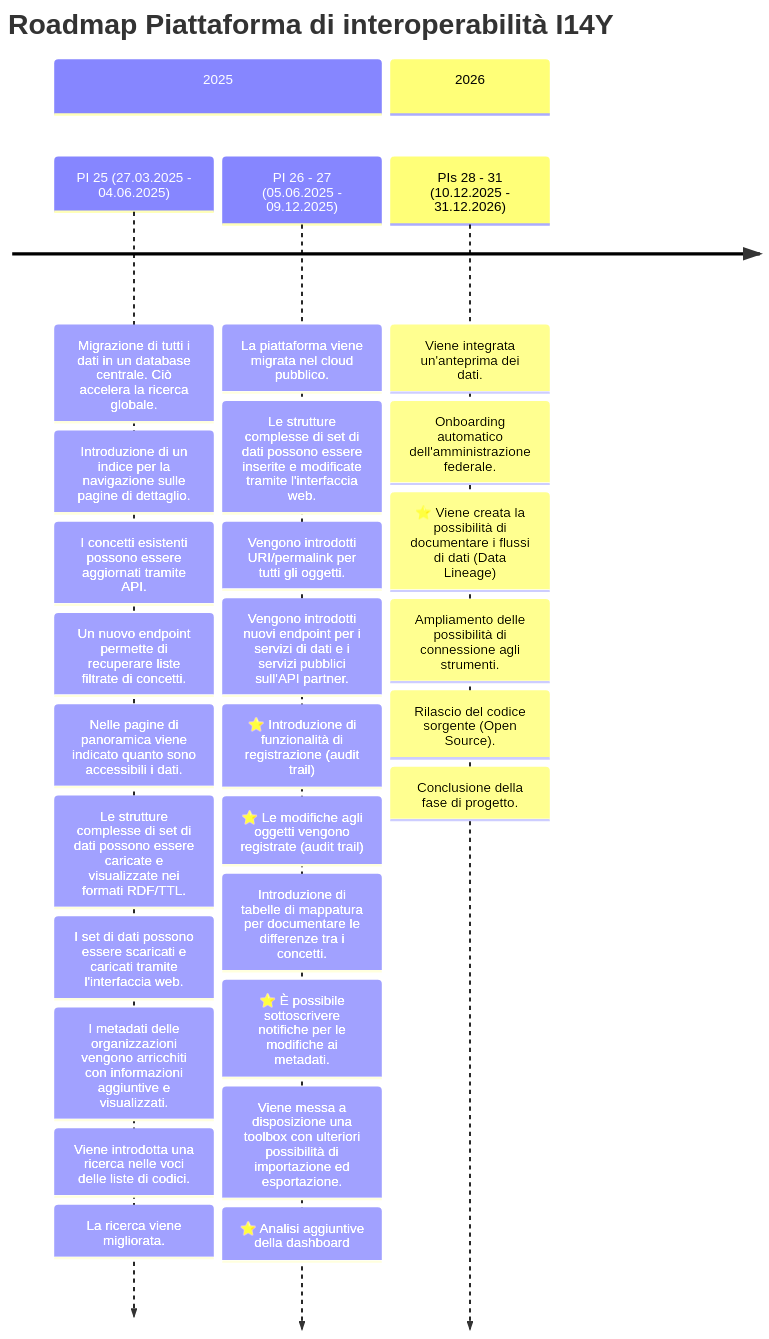
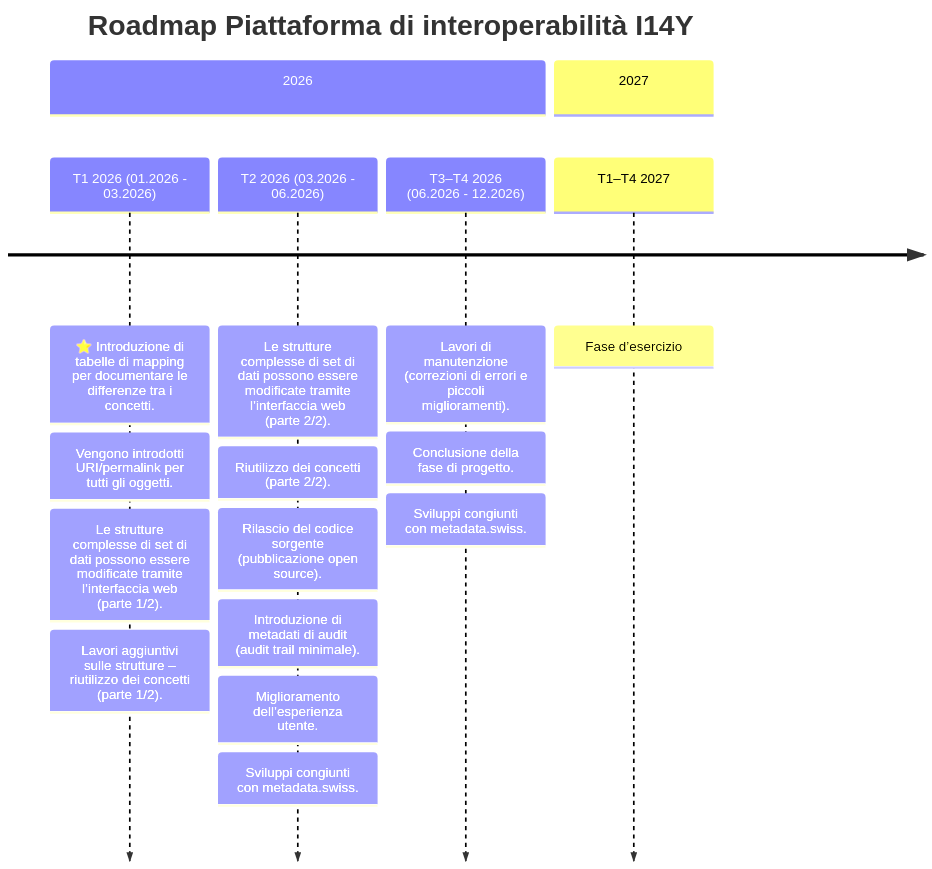
One commit to I14Y-ch/handbook changed the diagram in content/it/piattaforma/roadmap.md. Above: the diagram before and after it, drawn with Mermaid. The commit also changed other lines of this file and 3 other files, not shown here.

Commit message:
Added roadmap in FR, IT and EN

```diff
--- a/content/it/piattaforma/roadmap.md
+++ b/content/it/piattaforma/roadmap.md
@@ -19,38 +20,30 @@
 {{< mermaid width="650px" >}}
 timeline
     title Roadmap Piattaforma di interoperabilità I14Y
-    
-    section 2025
-        PI 25 (27.03.2025 - 04.06.2025)
-        : Migrazione di tutti i dati in un database centrale. Ciò accelera la ricerca globale.
-        : Introduzione di un indice per la navigazione sulle pagine di dettaglio.
-        : I concetti esistenti possono essere aggiornati tramite API.
-        : Un nuovo endpoint permette di recuperare liste filtrate di concetti.
-        : Nelle pagine di panoramica viene indicato quanto sono accessibili i dati.
-        : Le strutture complesse di set di dati possono essere caricate e visualizzate nei formati RDF/TTL.
-        : I set di dati possono essere scaricati e caricati tramite l'interfaccia web.
-        : I metadati delle organizzazioni vengono arricchiti con informazioni aggiuntive e visualizzati.
-        : Viene introdotta una ricerca nelle voci delle liste di codici.
-        : La ricerca viene migliorata.
-        
-        PI 26 - 27 (05.06.2025 - 09.12.2025)
-        : La piattaforma viene migrata nel cloud pubblico.
-        : Le strutture complesse di set di dati possono essere inserite e modificate tramite l'interfaccia web.
+
+    section 2026
+
+        T1 2026 (01.2026 - 03.2026)
+        : ⭐ Introduzione di tabelle di mapping per documentare le differenze tra i concetti.
         : Vengono introdotti URI/permalink per tutti gli oggetti.
-        : Vengono introdotti nuovi endpoint per i servizi di dati e i servizi pubblici sull'API partner.
-        : ⭐ Introduzione di funzionalità di registrazione (audit trail)
-        : ⭐ Le modifiche agli oggetti vengono registrate (audit trail)
-        : Introduzione di tabelle di mappatura per documentare le differenze tra i concetti.
-        : ⭐ È possibile sottoscrivere notifiche per le modifiche ai metadati.
-        : Viene messa a disposizione una toolbox con ulteriori possibilità di importazione ed esportazione.
-        : ⭐ Analisi aggiuntive della dashboard
-  
-    section 2026
-        PIs 28 - 31 (10.12.2025 - 31.12.2026)
-        : Viene integrata un'anteprima dei dati.
-        : Onboarding automatico dell'amministrazione federale.
-        : ⭐ Viene creata la possibilità di documentare i flussi di dati (Data Lineage)
-        : Ampliamento delle possibilità di connessione agli strumenti.
-        : Rilascio del codice sorgente (Open Source).
+        : Le strutture complesse di set di dati possono essere modificate tramite l’interfaccia web (parte 1/2).
+        : Lavori aggiuntivi sulle strutture – riutilizzo dei concetti (parte 1/2).
+
+        T2 2026 (03.2026 - 06.2026)
+        : Le strutture complesse di set di dati possono essere modificate tramite l’interfaccia web (parte 2/2).
+        : Riutilizzo dei concetti (parte 2/2).
+        : Rilascio del codice sorgente (pubblicazione open source).
+        : Introduzione di metadati di audit (audit trail minimale).
+        : Miglioramento dell’esperienza utente.
+        : Sviluppi congiunti con metadata.swiss.
+
+        T3–T4 2026 (06.2026 - 12.2026)
+        : Lavori di manutenzione (correzioni di errori e piccoli miglioramenti).
         : Conclusione della fase di progetto.
+        : Sviluppi congiunti con metadata.swiss.
+
+    section 2027
+        T1–T4 2027
+        : Fase d’esercizio
+
 {{< /mermaid >}}
```
